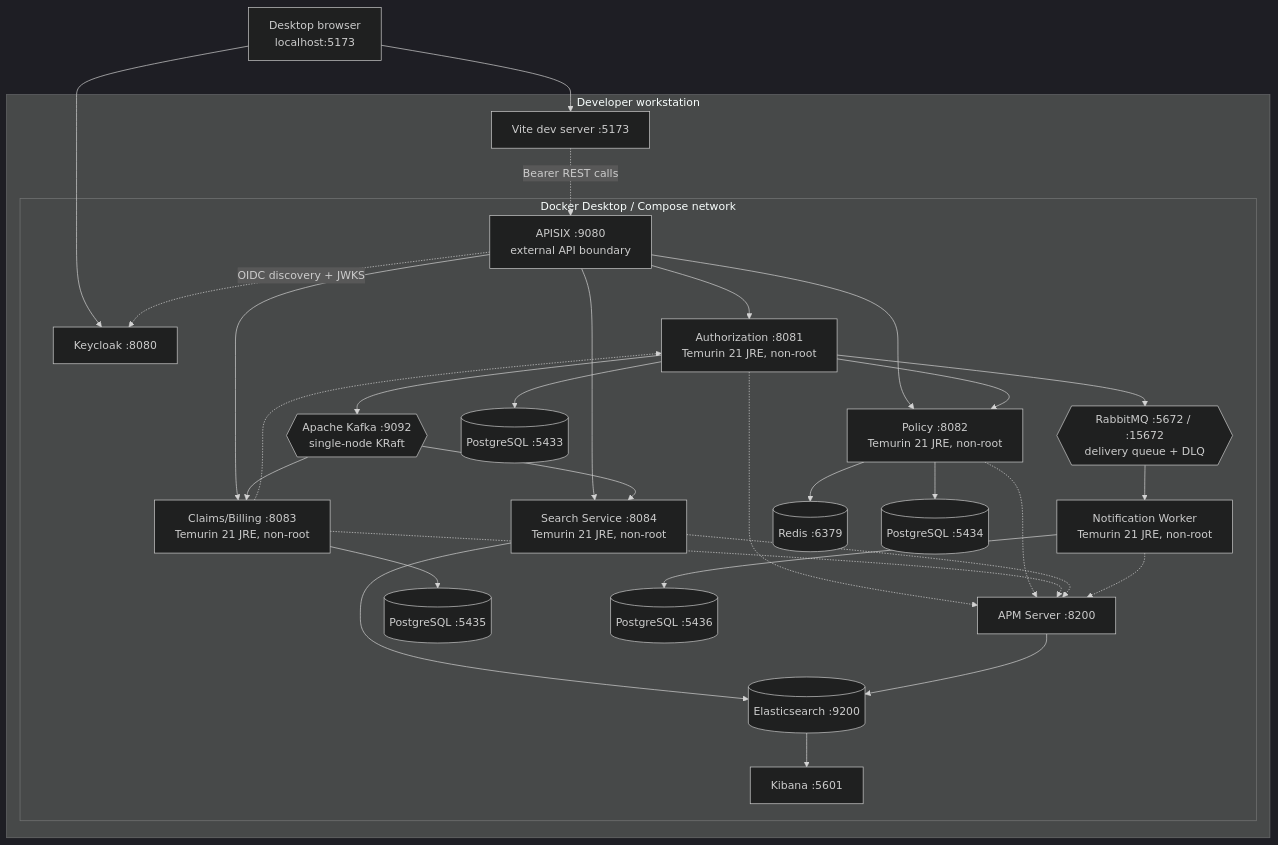
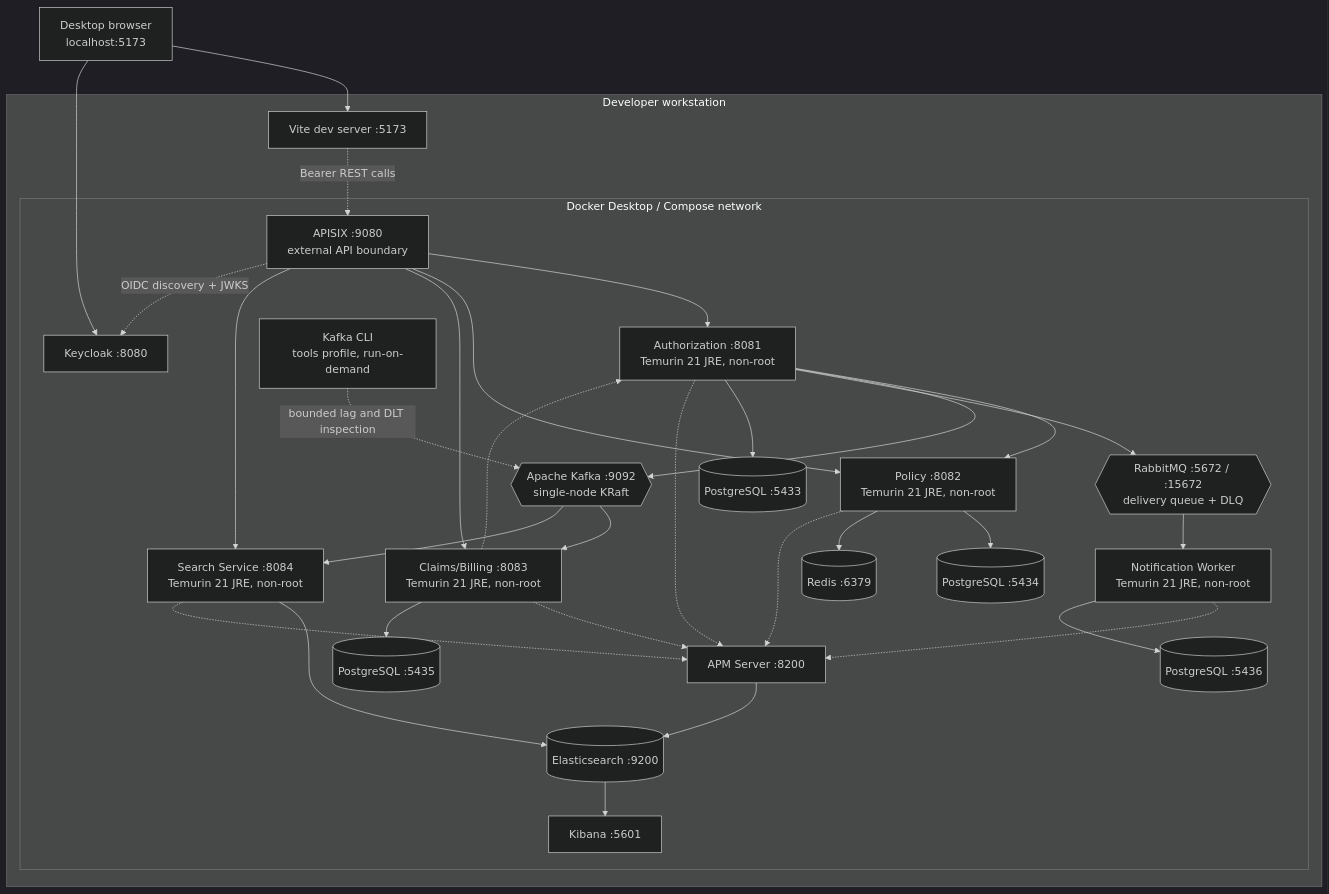
The diagram in docs/architecture/local-deployment.md (aydindemir1/health-insurance-platform), drawn with Mermaid (dark theme) before and after one commit. The commit also changed other lines of this file and 18 other files, not shown here.

````diff
--- a/docs/architecture/local-deployment.md
+++ b/docs/architecture/local-deployment.md
@@ -3,56 +3,58 @@
 ```mermaid
 flowchart TB
     Browser["Desktop browser<br/>localhost:5173"]
 
     subgraph Host["Developer workstation"]
         Vite["Vite dev server :5173"]
         subgraph Docker["Docker Desktop / Compose network"]
             Keycloak["Keycloak :8080"]
             Gateway["APISIX :9080<br/>external API boundary"]
             Auth["Authorization :8081<br/>Temurin 21 JRE, non-root"]
             Policy["Policy :8082<br/>Temurin 21 JRE, non-root"]
             Claims["Claims/Billing :8083<br/>Temurin 21 JRE, non-root"]
             Search["Search Service :8084<br/>Temurin 21 JRE, non-root"]
             Worker["Notification Worker<br/>Temurin 21 JRE, non-root"]
             Kafka{{"Apache Kafka :9092<br/>single-node KRaft"}}
+            KafkaCli["Kafka CLI<br/>tools profile, run-on-demand"]
             Rabbit{{"RabbitMQ :5672 / :15672<br/>delivery queue + DLQ"}}
             Redis[("Redis :6379")]
             Elastic[("Elasticsearch :9200")]
             Kibana["Kibana :5601"]
             APM["APM Server :8200"]
             AuthDb[("PostgreSQL :5433")]
             PolicyDb[("PostgreSQL :5434")]
             ClaimsDb[("PostgreSQL :5435")]
             WorkerDb[("PostgreSQL :5436")]
         end
     end
 
     Browser --> Vite
     Browser --> Keycloak
     Vite -.->|"Bearer REST calls"| Gateway
     Gateway --> Auth
     Gateway --> Policy
     Gateway --> Claims
     Gateway --> Search
     Gateway -.->|"OIDC discovery + JWKS"| Keycloak
     Auth --> Policy
     Auth --> Kafka
     Auth --> Rabbit
     Kafka --> Claims
     Kafka --> Search
+    KafkaCli -.->|"bounded lag and DLT inspection"| Kafka
     Rabbit --> Worker
     Claims -.-> Auth
     Auth --> AuthDb
     Policy --> PolicyDb
     Policy --> Redis
     Search --> Elastic
     Elastic --> Kibana
     APM --> Elastic
     Auth -.-> APM
     Policy -.-> APM
     Claims -.-> APM
     Search -.-> APM
     Worker -.-> APM
     Claims --> ClaimsDb
     Worker --> WorkerDb
 ```
````
